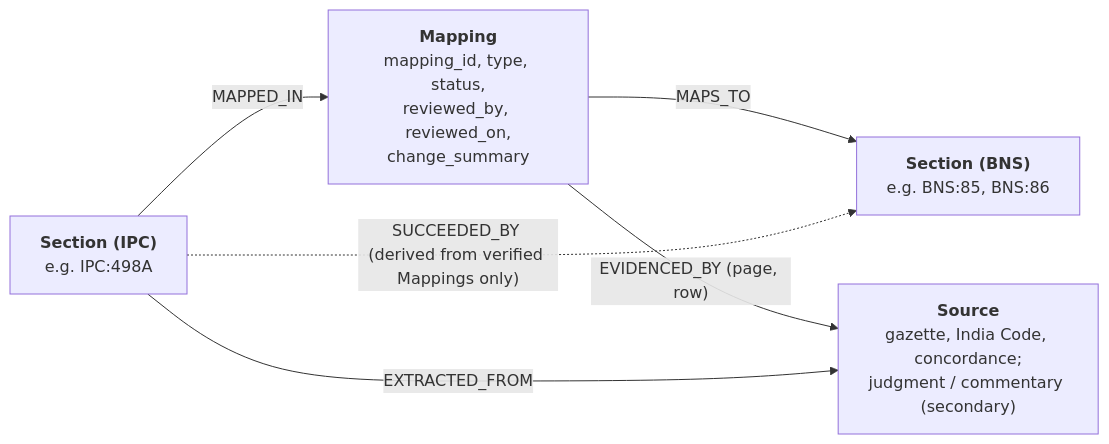
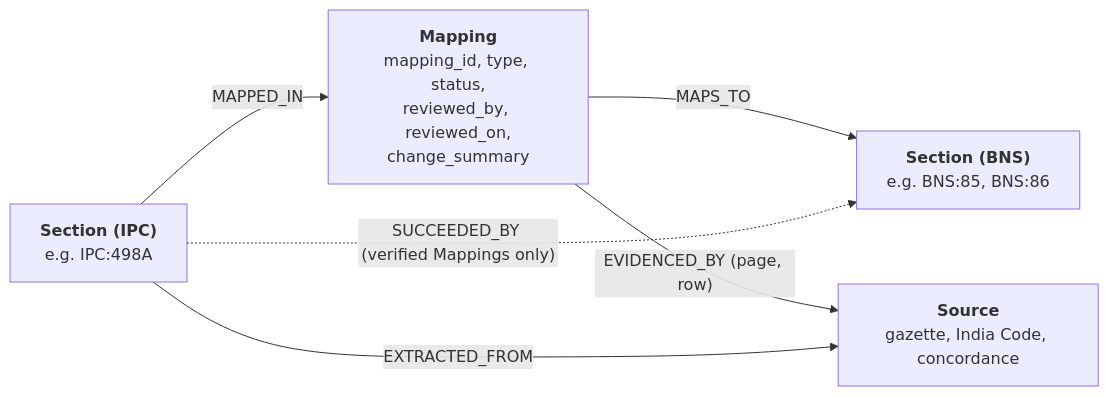
Before and after one commit to Shreya-13092006/legal_assistant_RAG: the third of 4 diagrams in README.md, drawn with Mermaid. The commit also changed other lines of this file and 19 other files, not shown here.

Commit message:
ingest full IPC/BNS corpus, wire llama-server + bge-m3, and modernize UI

````diff
--- a/README.md
+++ b/README.md
@@ -132,12 +304,12 @@
 ```mermaid
 flowchart LR
     IPC["<b>Section (IPC)</b><br/>e.g. IPC:498A"]
     M["<b>Mapping</b><br/>mapping_id, type, status,<br/>reviewed_by, reviewed_on,<br/>change_summary"]
     BNS["<b>Section (BNS)</b><br/>e.g. BNS:85, BNS:86"]
-    SRC["<b>Source</b><br/>gazette, India Code, concordance;<br/>judgment / commentary (secondary)"]
+    SRC["<b>Source</b><br/>gazette, India Code, concordance"]
 
     IPC -- MAPPED_IN --> M -- MAPS_TO --> BNS
     M -- "EVIDENCED_BY (page, row)" --> SRC
     IPC -- EXTRACTED_FROM --> SRC
-    IPC -. "SUCCEEDED_BY (derived from verified Mappings only)" .-> BNS
+    IPC -. "SUCCEEDED_BY (verified Mappings only)" .-> BNS
 ```
````
